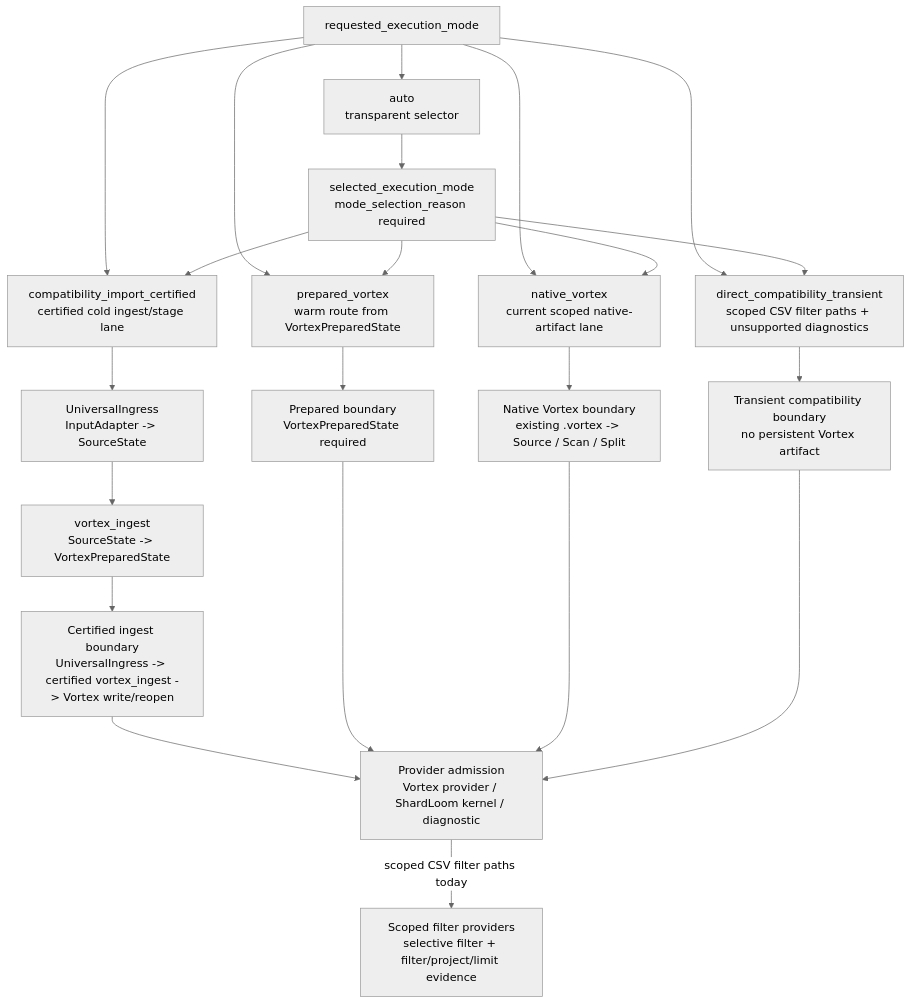
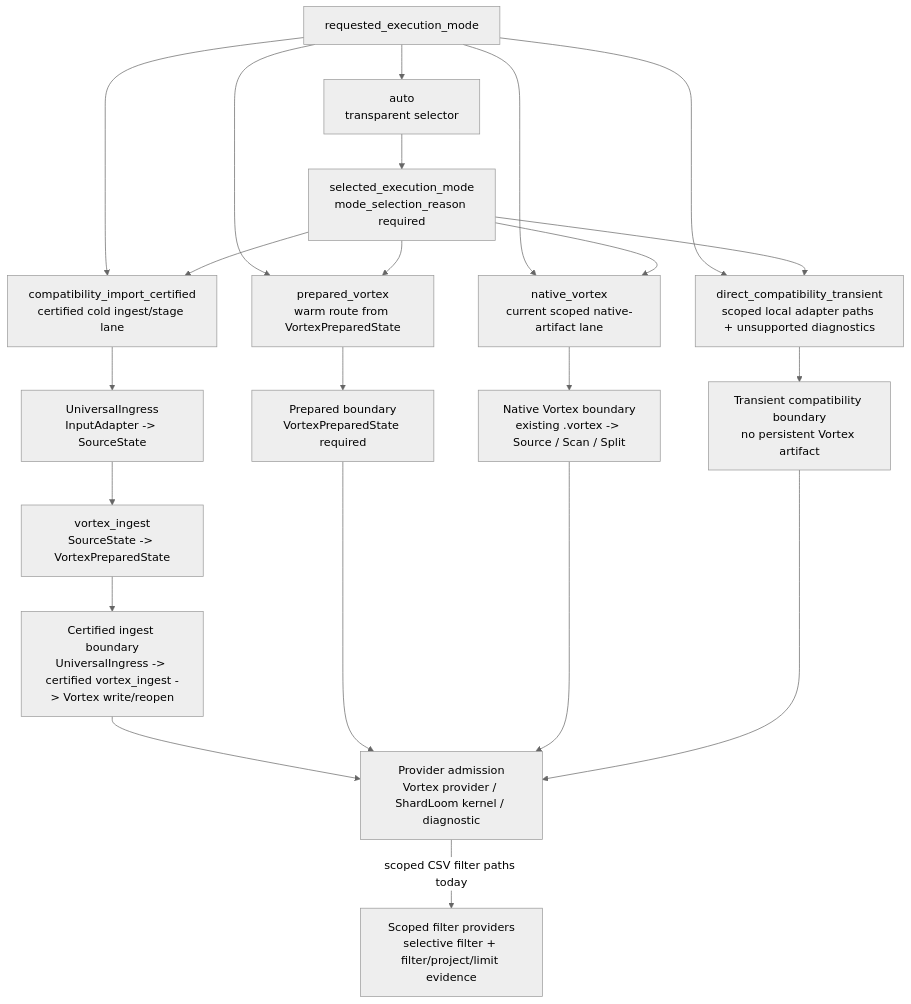
One commit to depsilon/shardloom changed the fourth of 8 diagrams in docs/architecture/compute-engine-flow-reference.md. Above: the diagram before and after it, drawn with Mermaid (neutral theme). The commit also changed other lines of this file and 24 other files, not shown here.

Commit message:
Complete local source adapter ingest coverage (#941)

````diff
--- a/docs/architecture/compute-engine-flow-reference.md
+++ b/docs/architecture/compute-engine-flow-reference.md
@@ -483,37 +483,37 @@
 ```mermaid
 flowchart TD
     REQUESTED["requested_execution_mode"]
     AUTO["auto<br/>transparent selector"]
     SELECTED["selected_execution_mode<br/>mode_selection_reason required"]
 
     COMPAT["compatibility_import_certified<br/>certified cold ingest/stage lane"]
     PREPARED["prepared_vortex<br/>warm route from VortexPreparedState"]
     NATIVE["native_vortex<br/>current scoped native-artifact lane"]
-    DIRECT["direct_compatibility_transient<br/>scoped CSV filter paths + unsupported diagnostics"]
+    DIRECT["direct_compatibility_transient<br/>scoped local adapter paths + unsupported diagnostics"]
 
     UNIVERSAL_INGRESS["UniversalIngress<br/>InputAdapter -> SourceState"]
     VORTEX_INGEST["vortex_ingest<br/>SourceState -> VortexPreparedState"]
     COMPAT_BOUNDARY["Certified ingest boundary<br/>UniversalIngress -> certified vortex_ingest -> Vortex write/reopen"]
     PREPARED_BOUNDARY["Prepared boundary<br/>VortexPreparedState required"]
     NATIVE_BOUNDARY["Native Vortex boundary<br/>existing .vortex -> Source / Scan / Split"]
     DIRECT_BOUNDARY["Transient compatibility boundary<br/>no persistent Vortex artifact"]
 
     PROVIDER["Provider admission<br/>Vortex provider / ShardLoom kernel / diagnostic"]
     SELECTIVE_BLOCKER["Scoped filter providers<br/>selective filter + filter/project/limit evidence"]
 
     REQUESTED --> AUTO --> SELECTED
     REQUESTED --> COMPAT
     REQUESTED --> PREPARED
     REQUESTED --> NATIVE
     REQUESTED --> DIRECT
     SELECTED --> COMPAT
     SELECTED --> PREPARED
     SELECTED --> NATIVE
     SELECTED --> DIRECT
 
     COMPAT --> UNIVERSAL_INGRESS --> VORTEX_INGEST --> COMPAT_BOUNDARY --> PROVIDER
     PREPARED --> PREPARED_BOUNDARY --> PROVIDER
     NATIVE --> NATIVE_BOUNDARY --> PROVIDER
     DIRECT --> DIRECT_BOUNDARY --> PROVIDER
     PROVIDER -->|"scoped CSV filter paths today"| SELECTIVE_BLOCKER
 ```
````
